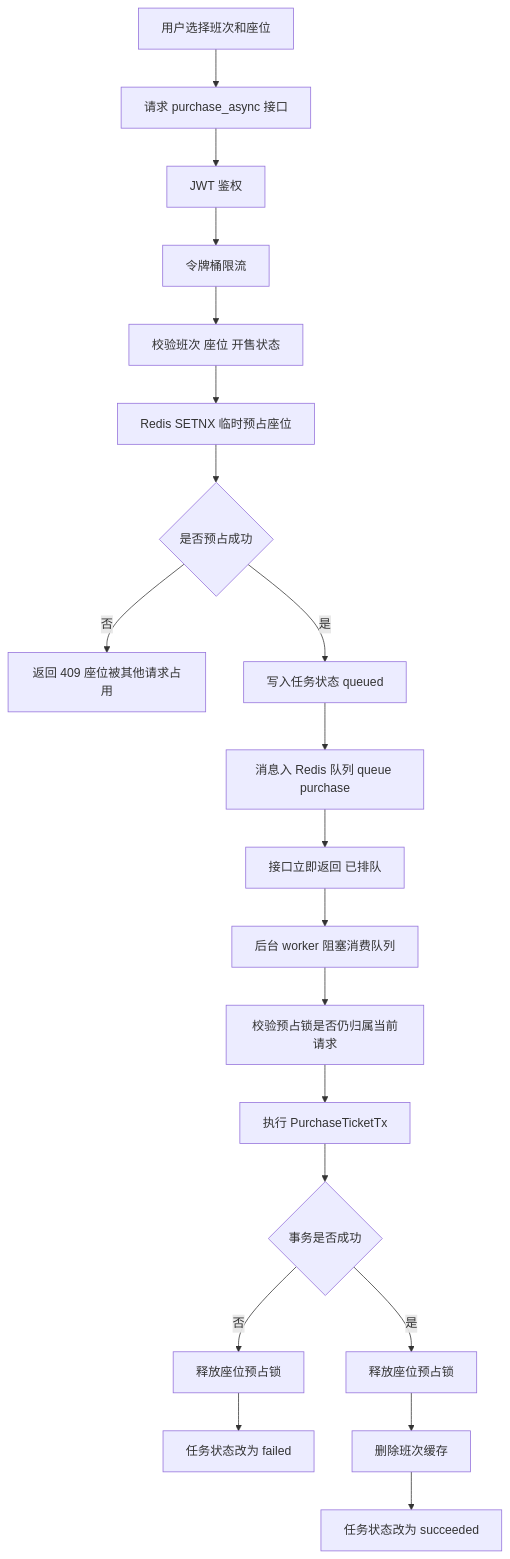
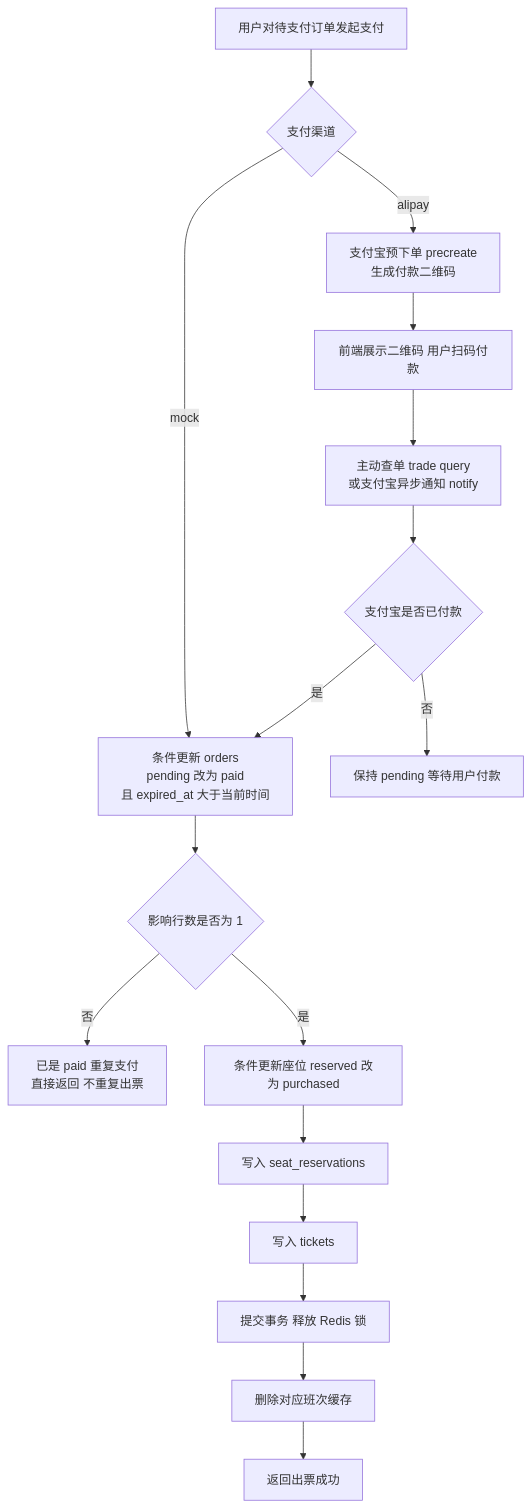
The fifth of 10 diagrams in docs/business-flowcharts.md (Books-QAQ/tickets), drawn with Mermaid before and after one commit. The commit also changed other lines of this file and 2 other files, not shown here.

````diff
--- a/docs/business-flowcharts.md
+++ b/docs/business-flowcharts.md
@@ -75,22 +76,19 @@
 ```mermaid
 flowchart TD
-    A[用户选择班次和座位] --> B[请求 purchase_async 接口]
-    B --> C[JWT 鉴权]
-    C --> D[令牌桶限流]
-    D --> E[校验班次 座位 开售状态]
-    E --> F[Redis SETNX 临时预占座位]
-    F --> G{是否预占成功}
-    G -- 否 --> H[返回 409 座位被其他请求占用]
-    G -- 是 --> I[写入任务状态 queued]
-    I --> J[消息入 Redis 队列 queue purchase]
-    J --> K[接口立即返回 已排队]
-    K --> L[后台 worker 阻塞消费队列]
-    L --> M[校验预占锁是否仍归属当前请求]
-    M --> N[执行 PurchaseTicketTx]
-    N --> O{事务是否成功}
-    O -- 否 --> P[释放座位预占锁]
-    P --> Q[任务状态改为 failed]
-    O -- 是 --> R[释放座位预占锁]
-    R --> S[删除班次缓存]
-    S --> T[任务状态改为 succeeded]
+    A[用户对待支付订单发起支付] --> B{支付渠道}
+    B -- mock --> C[条件更新 orders<br/>pending 改为 paid<br/>且 expired_at 大于当前时间]
+    B -- alipay --> D[支付宝预下单 precreate<br/>生成付款二维码]
+    D --> E[前端展示二维码 用户扫码付款]
+    E --> F[主动查单 trade query<br/>或支付宝异步通知 notify]
+    F --> G{支付宝是否已付款}
+    G -- 否 --> H[保持 pending 等待用户付款]
+    G -- 是 --> C
+    C --> I{影响行数是否为 1}
+    I -- 否 --> J[已是 paid 重复支付<br/>直接返回 不重复出票]
+    I -- 是 --> K[条件更新座位 reserved 改为 purchased]
+    K --> L[写入 seat_reservations]
+    L --> M[写入 tickets]
+    M --> N[提交事务 释放 Redis 锁]
+    N --> O[删除对应班次缓存]
+    O --> P[返回出票成功]
 ```
````
